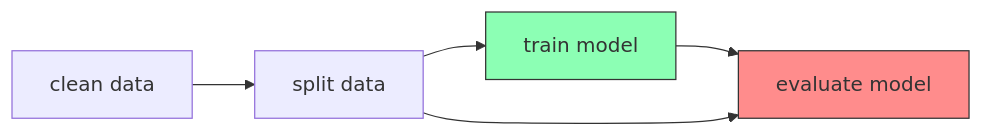
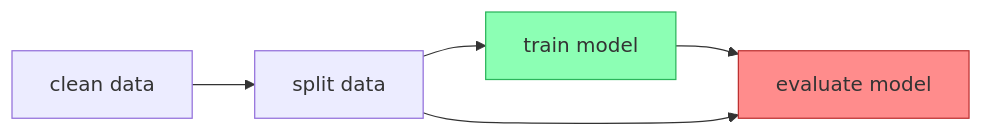
Before and after one commit to unionai-oss/pandera-posit-2023: the third of 5 diagrams in src/simple.qmd, drawn with Mermaid. The commit also changed other lines of this file and 4 other files, not shown here.

````diff
--- a/src/simple.qmd
+++ b/src/simple.qmd
@@ -128,13 +158,13 @@
 ```{mermaid}
 %%| fig-width: 10
 %%| fig-height: 5
 
 flowchart LR
   A[clean data] --> S[split data]
   S --> B[train model]
   B --> C[evaluate model]
   S --> C
 
-  style B fill:#8cffb4,stroke:#333
-  style C fill:#ff8c8c,stroke:#333
+  style B fill:#8cffb4,stroke:#2bb55b
+  style C fill:#ff8c8c,stroke:#bc3131
 ```
````
